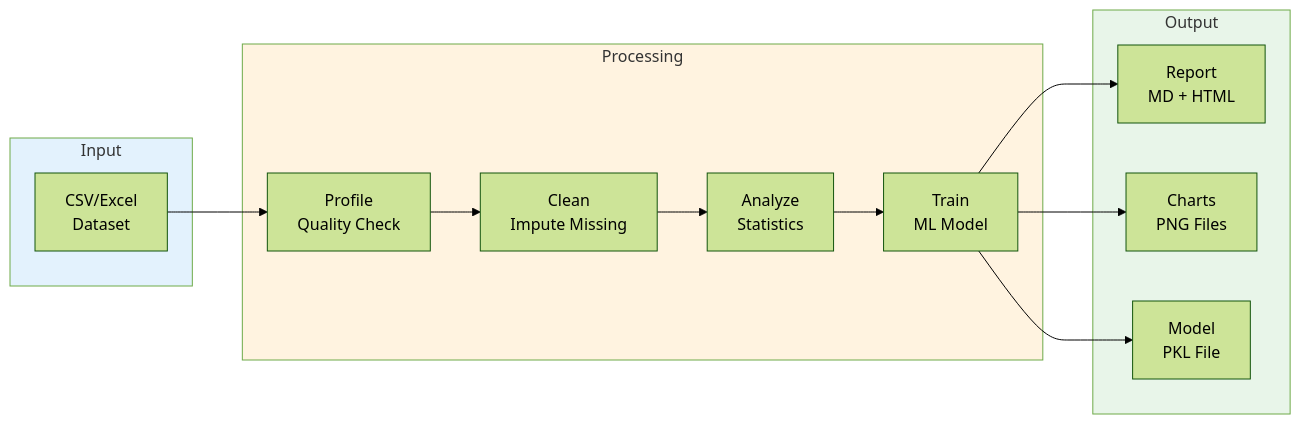
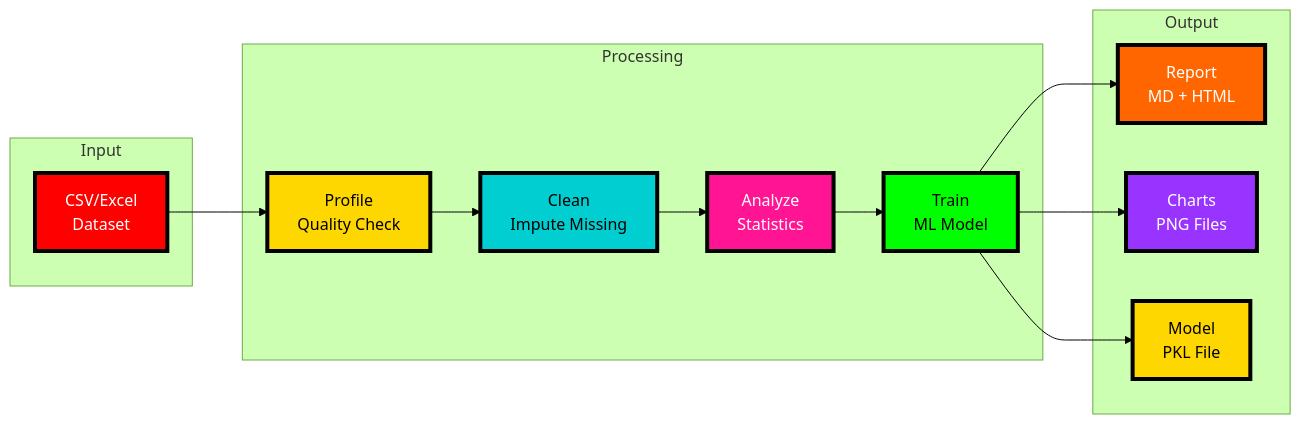
Before and after one commit to siddharth-narigra/crewai-eda-pipeline: the third of 5 diagrams in diagram.md, drawn with Mermaid (forest theme). The commit also changed other lines of this file, not shown here.

Commit message:
Details to the diagrams

````diff
--- a/diagram.md
+++ b/diagram.md
@@ -63,31 +66,36 @@
 ```mermaid
 flowchart LR
     subgraph Input
         CSV[CSV/Excel<br/>Dataset]
     end
     
     subgraph Processing
         Profile[Profile<br/>Quality Check]
         Clean[Clean<br/>Impute Missing]
         Analyze[Analyze<br/>Statistics]
         Train[Train<br/>ML Model]
     end
     
     subgraph Output
         Report[Report<br/>MD + HTML]
         Charts[Charts<br/>PNG Files]
         Model[Model<br/>PKL File]
     end
     
     CSV --> Profile
     Profile --> Clean
     Clean --> Analyze
     Analyze --> Train
     Train --> Report
     Train --> Charts
     Train --> Model
     
-    style Input fill:#e3f2fd
-    style Processing fill:#fff3e0
-    style Output fill:#e8f5e9
+    style CSV fill:#FF0000,stroke:#000,stroke-width:4px,color:#fff
+    style Profile fill:#FFD700,stroke:#000,stroke-width:4px,color:#000
+    style Clean fill:#00CED1,stroke:#000,stroke-width:4px,color:#000
+    style Analyze fill:#FF1493,stroke:#000,stroke-width:4px,color:#fff
+    style Train fill:#00FF00,stroke:#000,stroke-width:4px,color:#000
+    style Report fill:#FF6600,stroke:#000,stroke-width:4px,color:#fff
+    style Charts fill:#9933FF,stroke:#000,stroke-width:4px,color:#fff
+    style Model fill:#FFD700,stroke:#000,stroke-width:4px,color:#000
 ```
````
